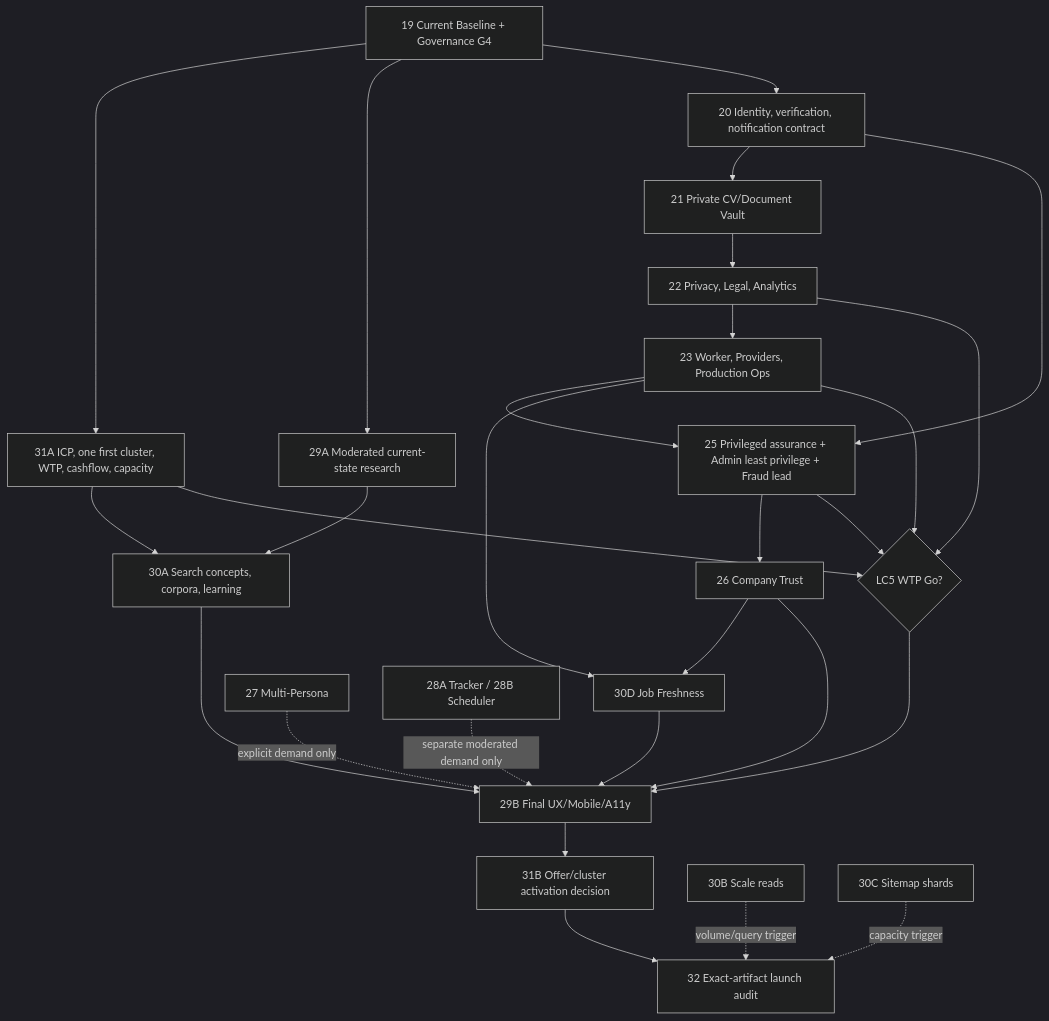
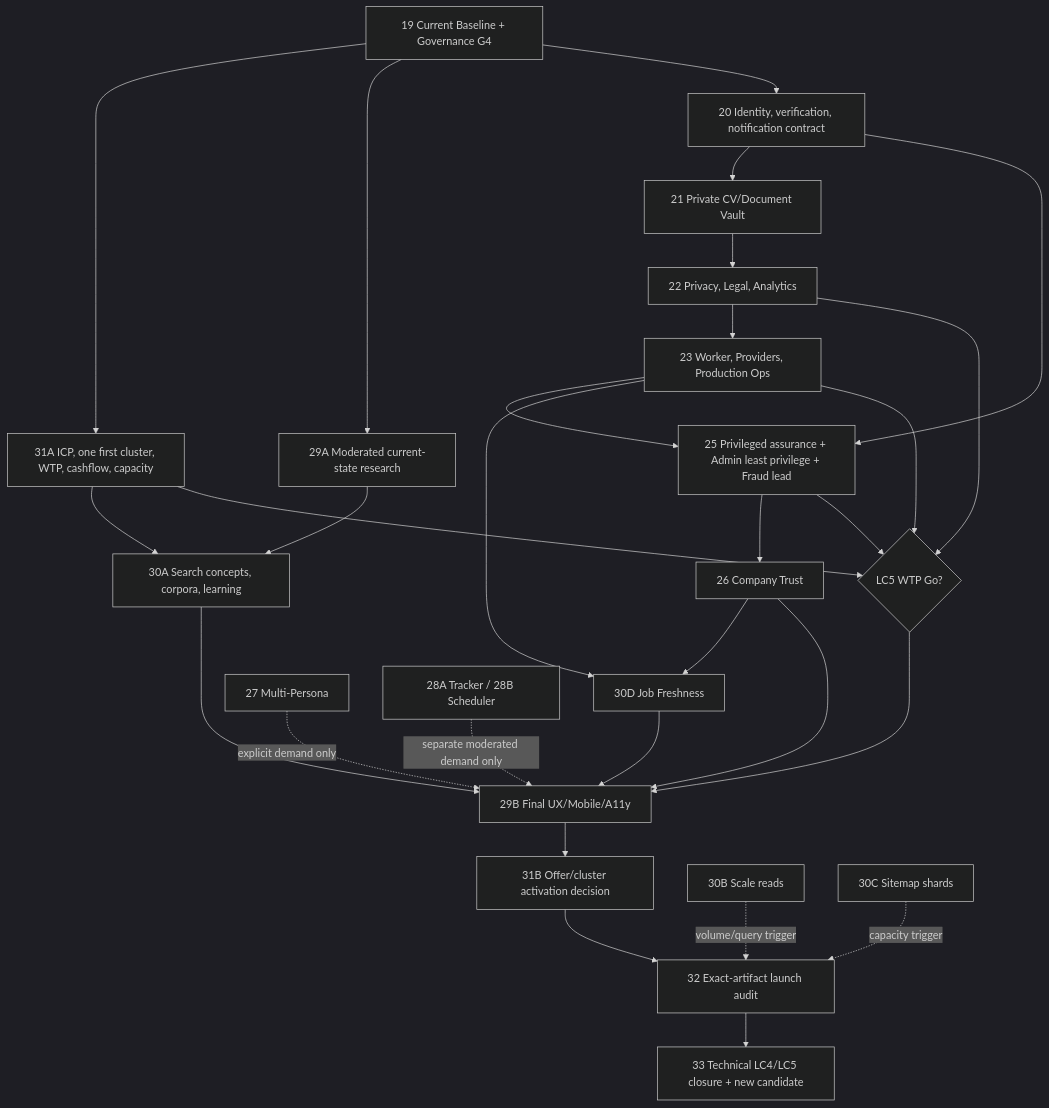
The second of 2 diagrams in codex-plan/implementation-plan.md (carosellagiuliano-max/PortalGERM), drawn with Mermaid (dark theme) before and after one commit. The commit also changed other lines of this file and 316 other files, not shown here.

````diff
--- a/codex-plan/implementation-plan.md
+++ b/codex-plan/implementation-plan.md
@@ -615,30 +613,31 @@
 ```mermaid
 flowchart TD
   P19["19 Current Baseline + Governance G4"] --> D31["31A ICP, one first cluster, WTP, cashflow, capacity"]
   P19 --> R29["29A Moderated current-state research"]
   P19 --> P20["20 Identity, verification, notification contract"]
   D31 --> S30["30A Search concepts, corpora, learning"]
   R29 --> S30
   P20 --> P21["21 Private CV/Document Vault"]
   P21 --> P22["22 Privacy, Legal, Analytics"]
   P22 --> P23["23 Worker, Providers, Production Ops"]
   P20 --> P25["25 Privileged assurance + Admin least privilege + Fraud lead"]
   P23 --> P25
   P25 --> P26["26 Company Trust"]
   P23 --> F30["30D Job Freshness"]
   P26 --> F30
   D31 --> P24{"LC5 WTP Go?"}
   P22 --> P24
   P23 --> P24
   P25 --> P24
   P24 --> U29["29B Final UX/Mobile/A11y"]
   S30 --> U29
   F30 --> U29
   P26 --> U29
   U29 --> B31["31B Offer/cluster activation decision"]
   B31 --> P32["32 Exact-artifact launch audit"]
+  P32 --> P33["33 Technical LC4/LC5 closure + new candidate"]
   X30["30B Scale reads"] -. "volume/query trigger" .-> P32
   C30["30C Sitemap shards"] -. "capacity trigger" .-> P32
   P27["27 Multi-Persona"] -. "explicit demand only" .-> U29
   P28["28A Tracker / 28B Scheduler"] -. "separate moderated demand only" .-> U29
 ```
````
